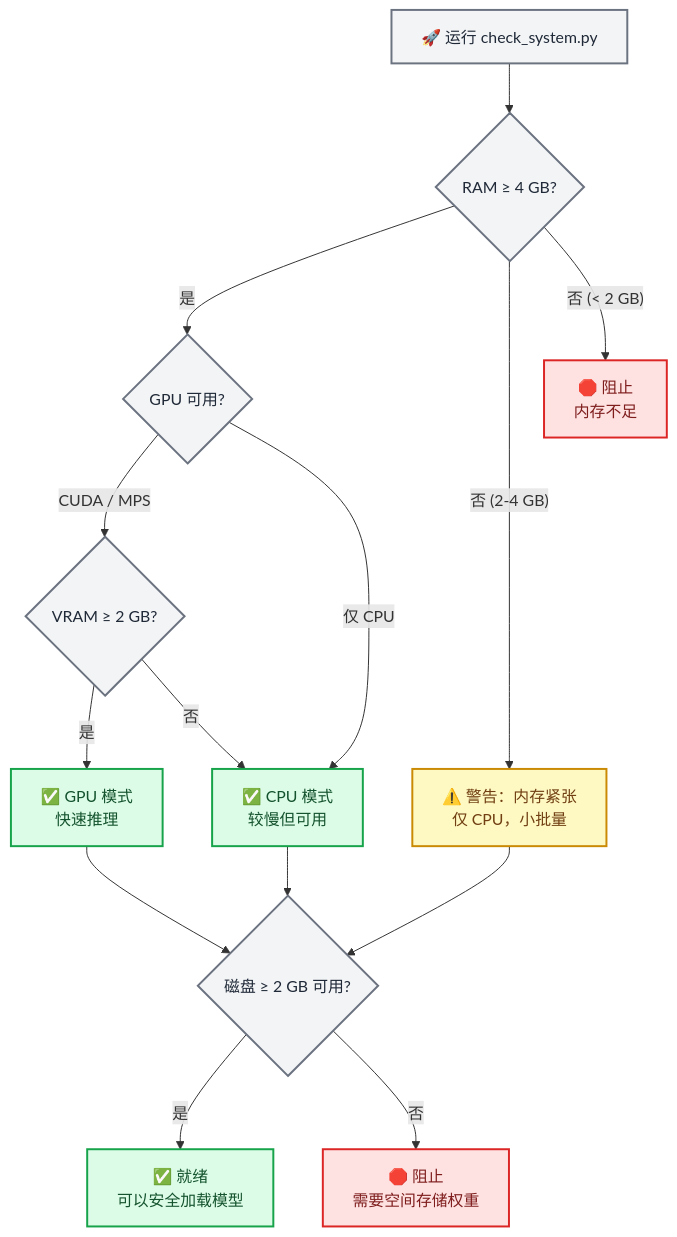
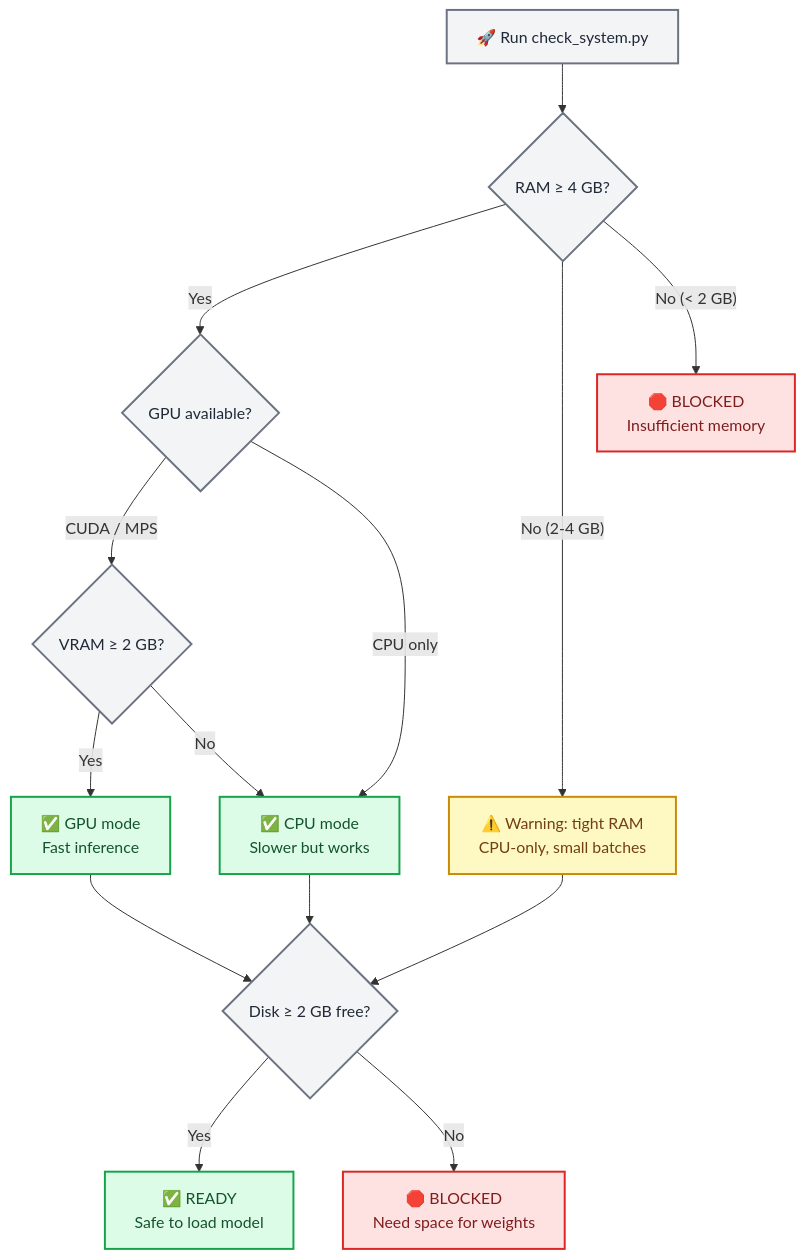
Before and after one commit to lingxling/awesome-skills-cn: the first of 4 diagrams in claude-scientific-skills/scientific-skills/timesfm-forecasting/SKILL_CN.md, drawn with Mermaid. The commit also changed other lines of this file and 2108 other files, not shown here.

````diff
--- a/claude-scientific-skills/scientific-skills/timesfm-forecasting/SKILL_CN.md
+++ b/claude-scientific-skills/scientific-skills/timesfm-forecasting/SKILL_CN.md
@@ -59,29 +70,29 @@
 ```mermaid
 flowchart TD
-    accTitle: 预检系统检查
-    accDescr: 显示加载 TimesFM 前必须通过的系统要求检查的决策流程图。
+    accTitle: Preflight System Check
+    accDescr: Decision flowchart showing the system requirement checks that must pass before loading TimesFM.
 
-    start["🚀 运行 check_system.py"] --> ram{"RAM ≥ 4 GB?"}
-    ram -->|"是"| gpu{"GPU 可用?"}
-    ram -->|"否 (2-4 GB)"| warn_ram["⚠️ 警告：内存紧张<br/>仅 CPU，小批量"]
-    ram -->|"否 (< 2 GB)"| block["🛑 阻止<br/>内存不足"]
+    start["🚀 Run check_system.py"] --> ram{"RAM ≥ 4 GB?"}
+    ram -->|"Yes"| gpu{"GPU available?"}
+    ram -->|"No (2-4 GB)"| warn_ram["⚠️ Warning: tight RAM<br/>CPU-only, small batches"]
+    ram -->|"No (< 2 GB)"| block["🛑 BLOCKED<br/>Insufficient memory"]
     warn_ram --> disk
     gpu -->|"CUDA / MPS"| vram{"VRAM ≥ 2 GB?"}
-    gpu -->|"仅 CPU"| cpu_ok["✅ CPU 模式<br/>较慢但可用"]
-    vram -->|"是"| gpu_ok["✅ GPU 模式<br/>快速推理"]
-    vram -->|"否"| cpu_ok
-    gpu_ok --> disk{"磁盘 ≥ 2 GB 可用?"}
+    gpu -->|"CPU only"| cpu_ok["✅ CPU mode<br/>Slower but works"]
+    vram -->|"Yes"| gpu_ok["✅ GPU mode<br/>Fast inference"]
+    vram -->|"No"| cpu_ok
+    gpu_ok --> disk{"Disk ≥ 2 GB free?"}
     cpu_ok --> disk
-    disk -->|"是"| ready["✅ 就绪<br/>可以安全加载模型"]
-    disk -->|"否"| block_disk["🛑 阻止<br/>需要空间存储权重"]
+    disk -->|"Yes"| ready["✅ READY<br/>Safe to load model"]
+    disk -->|"No"| block_disk["🛑 BLOCKED<br/>Need space for weights"]
 
     classDef ok fill:#dcfce7,stroke:#16a34a,stroke-width:2px,color:#14532d
     classDef warn fill:#fef9c3,stroke:#ca8a04,stroke-width:2px,color:#713f12
     classDef block fill:#fee2e2,stroke:#dc2626,stroke-width:2px,color:#7f1d1d
     classDef neutral fill:#f3f4f6,stroke:#6b7280,stroke-width:2px,color:#1f2937
 
     class ready,gpu_ok,cpu_ok ok
     class warn_ram warn
     class block,block_disk block
     class start,ram,gpu,vram,disk neutral
 ```
````
